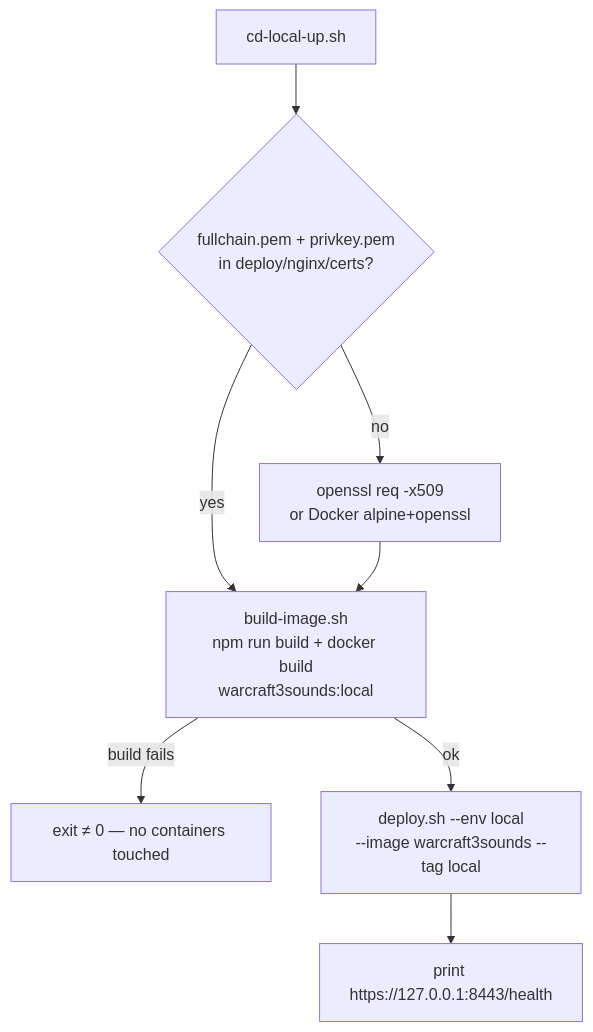
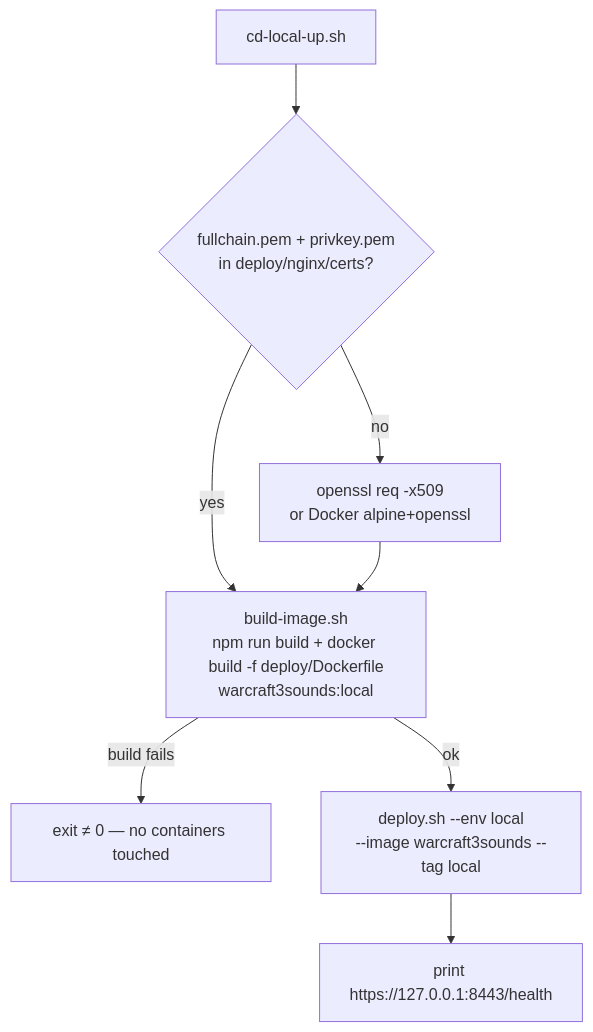
The fourth of 6 diagrams in DOC.md (Psychopoulet/warcraft3sounds), drawn with Mermaid before and after one commit. The commit also changed other lines of this file and 2 other files, not shown here.

Commit message:
moove dockerfile

````diff
--- a/DOC.md
+++ b/DOC.md
@@ -169,10 +169,10 @@
 ```mermaid
 flowchart TD
     Start["cd-local-up.sh"] --> Cert{"fullchain.pem + privkey.pem<br/>in deploy/nginx/certs?"}
     Cert -->|no| OpenSSL["openssl req -x509<br/>or Docker alpine+openssl"]
     Cert -->|yes| Build
-    OpenSSL --> Build["build-image.sh<br/>npm run build + docker build<br/>warcraft3sounds:local"]
+    OpenSSL --> Build["build-image.sh<br/>npm run build + docker build -f deploy/Dockerfile<br/>warcraft3sounds:local"]
     Build -->|build fails| FailBuild["exit ≠ 0 — no containers touched"]
     Build -->|ok| Deploy["deploy.sh --env local<br/>--image warcraft3sounds --tag local"]
     Deploy --> End["print https://127.0.0.1:8443/health"]
 ```
````
